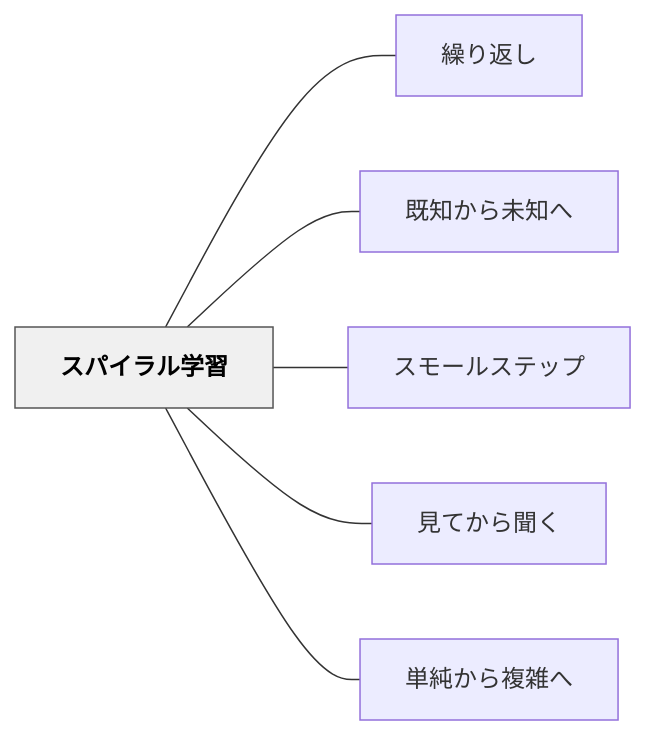
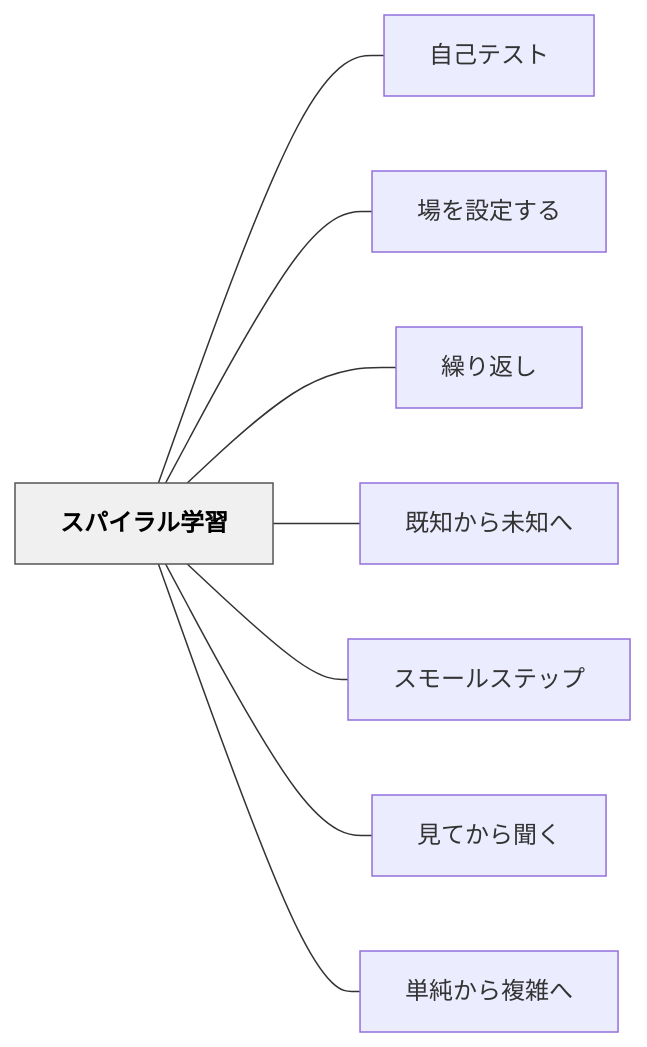
The diagram in content/パタン/スパイラル学習.md (unknownthings-ed-patterns/unknownthings-ed-patterns), drawn with Mermaid before and after one commit. The commit also changed other lines of this file and 473 other files, not shown here.

````diff
--- a/content/パタン/スパイラル学習.md
+++ b/content/パタン/スパイラル学習.md
@@ -84,18 +86,22 @@
 ```mermaid
 flowchart LR
     ne382b9e38391["スパイラル学習"]
+    ne887aae5b7b1["自己テスト"]
+    ne5a0b4e38292["場を設定する"]
     ne7b9b0e3828a["繰り返し"]
     ne697a2e79fa5["既知から未知へ"]
     ne382b9e383a2["スモールステップ"]
     ne8a68be381a6["見てから聞く"]
     ne58d98e7b494["単純から複雑へ"]
 
+    ne382b9e38391 --- ne887aae5b7b1
+    ne382b9e38391 --- ne5a0b4e38292
     ne382b9e38391 --- ne7b9b0e3828a
     ne382b9e38391 --- ne697a2e79fa5
     ne382b9e38391 --- ne382b9e383a2
     ne382b9e38391 --- ne8a68be381a6
     ne382b9e38391 --- ne58d98e7b494
 
     classDef hub fill:#f0f0f0,stroke:#555,color:#000,font-weight:bold
     class ne382b9e38391 hub
 ```
````
